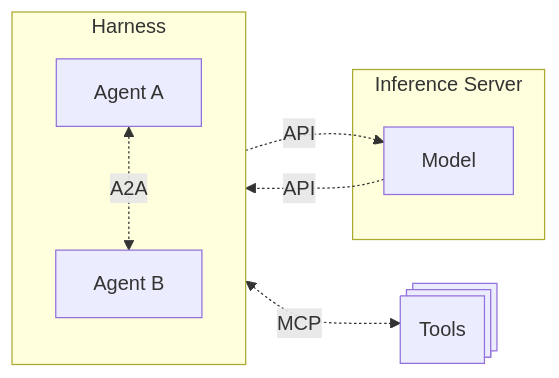
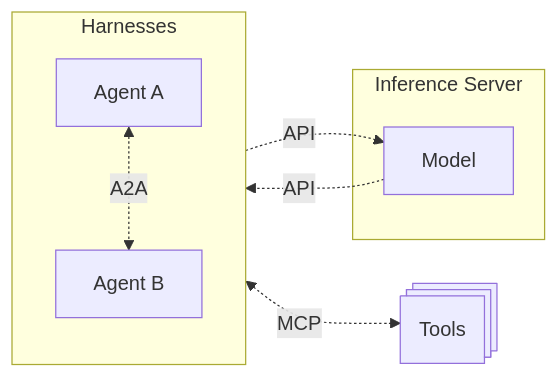
The first of 3 diagrams in Lecture/01_AI_App_Stack/Slides/Slides.md (mcgheee/AI_02H), drawn with Mermaid before and after one commit. The commit also changed other lines of this file, not shown here.

````diff
--- a/Lecture/01_AI_App_Stack/Slides/Slides.md
+++ b/Lecture/01_AI_App_Stack/Slides/Slides.md
@@ -37,16 +37,16 @@
 ```mermaid
 flowchart LR
-  subgraph harness["Harness"]
+  subgraph harness["Harnesses"]
     direction TD
     agenta["Agent A"]
     agentb["Agent B"]
   end
   tools@{ shape: st-rect, label: Tools}
   subgraph inference["Inference Server"]
     model["Model"]
   end
   agenta <-. A2A .-> agentb
   harness <-. MCP .-> tools
   harness -. API .-> model
   model -. API .-> harness
 ```
````
